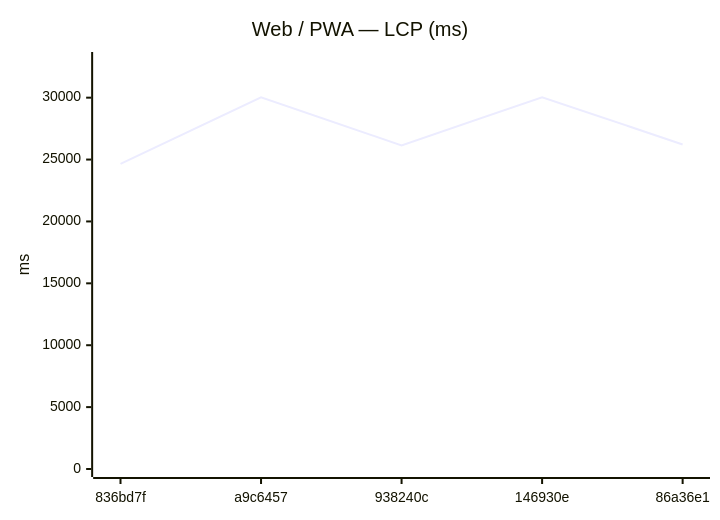
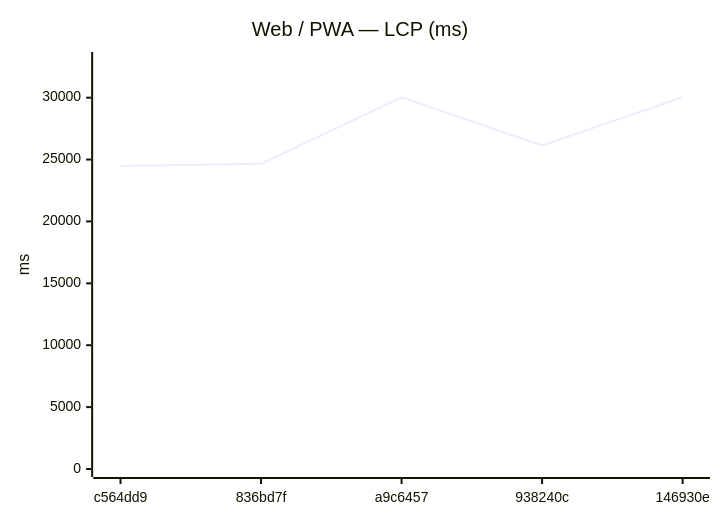
Before and after one commit to Metaheurist/Rianell: the fifth of 12 diagrams in benchmarks/compare.md, drawn with Mermaid. The commit also changed other lines of this file and 8 other files, not shown here.

````diff
--- a/benchmarks/compare.md
+++ b/benchmarks/compare.md
@@ -82,7 +82,7 @@
 ```mermaid
 xychart-beta
     title "Web / PWA — LCP (ms)"
-    x-axis ["836bd7f", "a9c6457", "938240c", "146930e", "86a36e1"]
+    x-axis ["c564dd9", "836bd7f", "a9c6457", "938240c", "146930e"]
     y-axis "ms" 0 --> 33043
-    line [24652, 30029, 26143, 30039, 26222]
+    line [24475, 24652, 30029, 26143, 30039]
 ```
````
